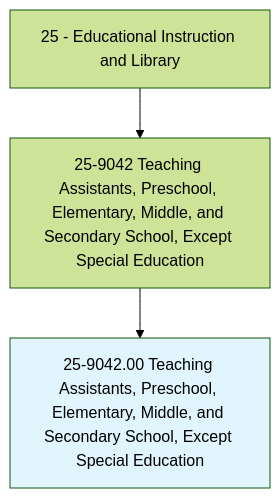
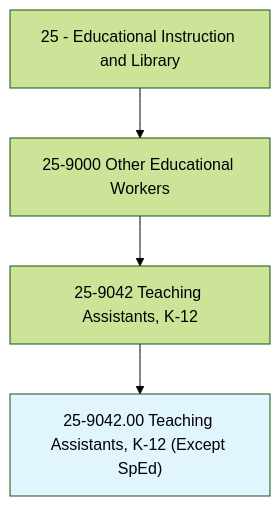
Before and after one commit to kziemski/business.org.ai: the first of 4 diagrams in occupations/Education/TeachingAssistantsPreschoolElementaryMiddleAndSecondarySchoolExceptSpecialEducation.mdx, drawn with Mermaid (forest theme). The commit also changed other lines of this file and 938 other files, not shown here.

````diff
--- a/occupations/Education/TeachingAssistantsPreschoolElementaryMiddleAndSecondarySchoolExceptSpecialEducation.mdx
+++ b/occupations/Education/TeachingAssistantsPreschoolElementaryMiddleAndSecondarySchoolExceptSpecialEducation.mdx
@@ -19,6 +23,7 @@
 ```mermaid
 graph TD
-    Cat25["25 - Educational Instruction and Library"] --> Group259042["25-9042 Teaching Assistants, Preschool, Elementary, Middle, and Secondary School, Except Special Education"]
-    Group259042 --> Current["25-9042.00 Teaching Assistants, Preschool, Elementary, Middle, and Secondary School, Except Special Education"]
+    Cat25["25 - Educational Instruction and Library"] --> Group259["25-9000 Other Educational Workers"]
+    Group259 --> Group259042["25-9042 Teaching Assistants, K-12"]
+    Group259042 --> Current["25-9042.00 Teaching Assistants, K-12 (Except SpEd)"]
     style Current fill:#e1f5fe
 ```
````
